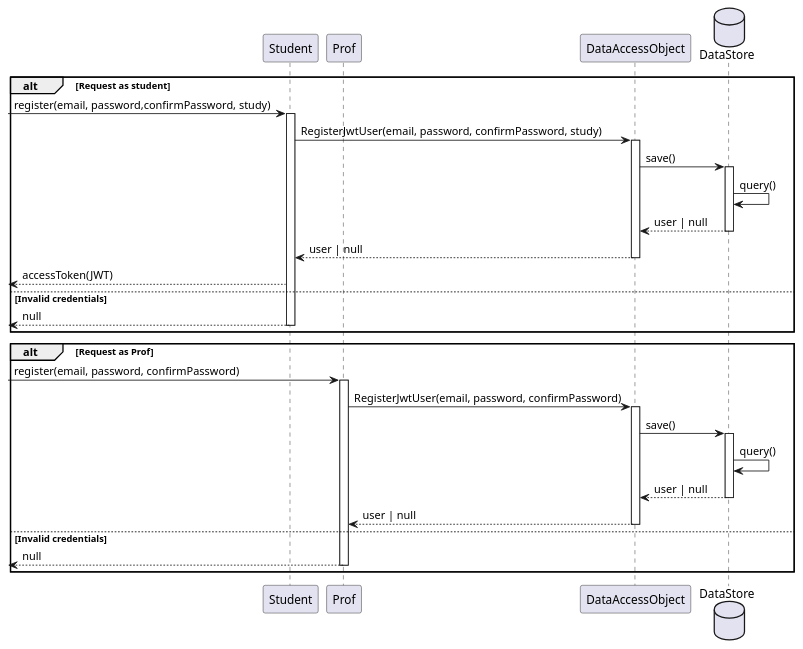
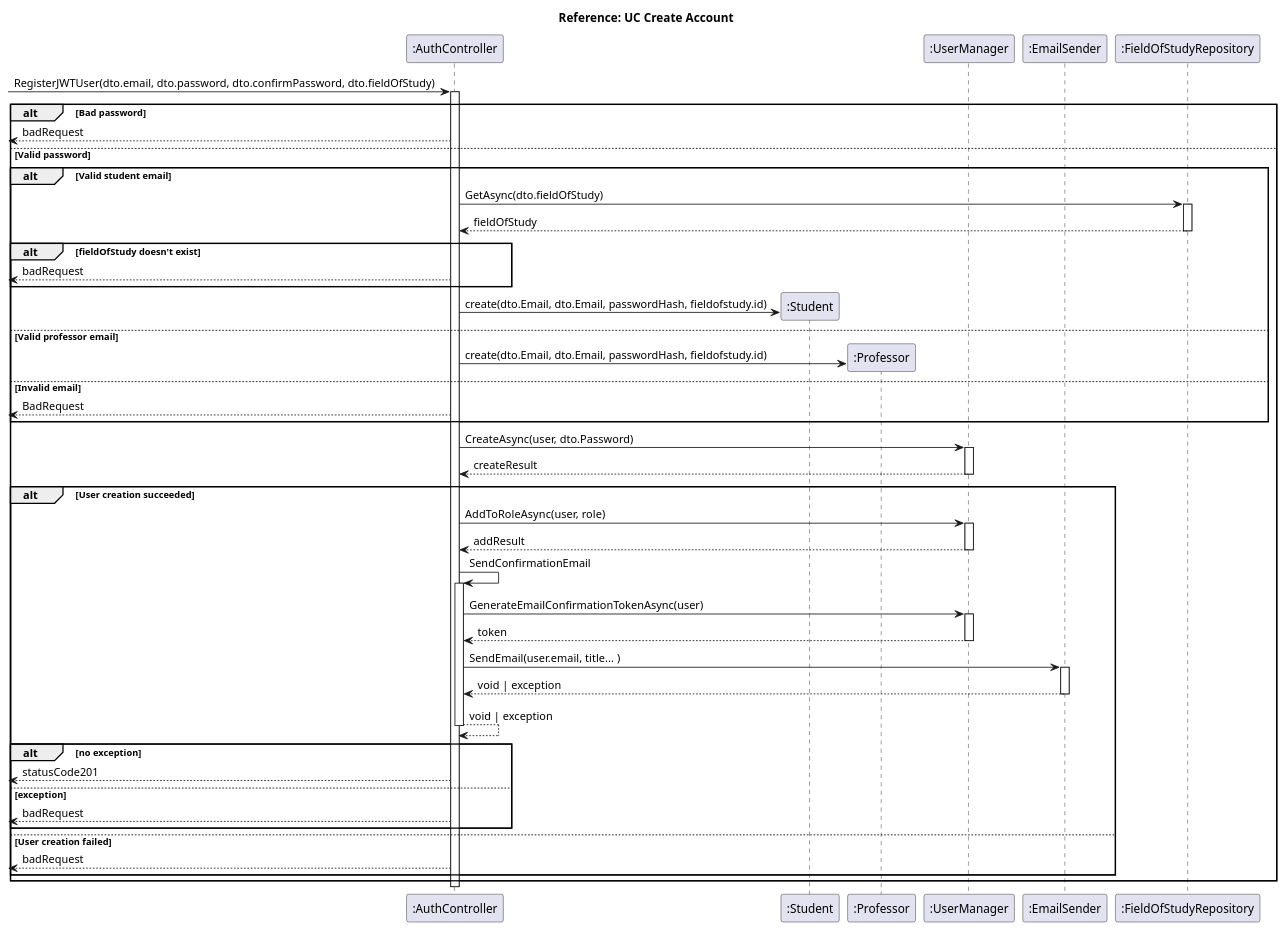
Before and after one commit to Singh-Kiran-P/StuNet: the diagram in Diagrams/Sequence_Diagrams/creaate_account.puml, drawn with PlantUML.

Commit message:
docs: Update SD Create Account

```diff
--- a/Diagrams/Sequence_Diagrams/creaate_account.puml
+++ b/Diagrams/Sequence_Diagrams/creaate_account.puml
@@ -1,45 +1,107 @@
 @startuml Register
-participant Student
-participant Prof
-participant DataAccessObject
-database DataStore
+participant ":AuthController" as authController
+participant ":Student" as student
+participant ":Professor" as professor
+participant ":UserManager" as userManager
+participant ":EmailSender" as emailSender
+participant ":FieldOfStudyRepository" as fieldOfStudyRepository
 
-alt Request as student
--> Student: register(email, password,confirmPassword, study)
-activate Student
-    Student -> DataAccessObject: RegisterJwtUser(email, password, confirmPassword, study)
-    activate DataAccessObject
-        DataAccessObject -> DataStore: save()
-            activate DataStore
-                DataStore -> DataStore: query()
-                DataStore --> DataAccessObject: user | null
-            deactivate DataStore
-        DataAccessObject --> Student: user | null
-    deactivate DataAccessObject
-    <-- Student  : accessToken(JWT)
-else Invalid credentials
-	<-- Student: null
-deactivate Student
+title Reference: UC Create Account
+
+ -> authController : RegisterJWTUser(dto.email, dto.password, dto.confirmPassword, dto.fieldOfStudy)
+activate authController
+alt Bad password
+    <-- authController: badRequest
+else Valid password
+    alt Valid student email
+        authController -> fieldOfStudyRepository: GetAsync(dto.fieldOfStudy)
+        activate fieldOfStudyRepository
+        fieldOfStudyRepository --> authController: fieldOfStudy
+        deactivate fieldOfStudyRepository
+        
+        alt fieldOfStudy doesn't exist
+            <-- authController: badRequest
+        end
+
+        authController -> student**: create(dto.Email, dto.Email, passwordHash, fieldofstudy.id)
+        ' student --> authController: user
+    else Valid professor email
+        authController -> professor**: create(dto.Email, dto.Email, passwordHash, fieldofstudy.id)
+    else Invalid email
+        <-- authController: BadRequest
+    end
+
+    authController -> userManager: CreateAsync(user, dto.Password)
+    activate userManager
+    userManager --> authController: createResult
+    deactivate userManager
+
+    alt User creation succeeded
+        authController -> userManager: AddToRoleAsync(user, role)
+        activate userManager
+        userManager --> authController: addResult
+        deactivate userManager
+
+        ' -> authController 
+        authController -> authController: SendConfirmationEmail
+        activate authController
+            authController -> userManager: GenerateEmailConfirmationTokenAsync(user)
+            activate userManager
+            userManager --> authController: token
+            deactivate userManager
+            authController -> emailSender: SendEmail(user.email, title... )
+            activate emailSender
+            emailSender --> authController: void | exception
+            deactivate emailSender
+        authController --> authController: void | exception
+        deactivate authController
+
+        alt no exception
+            <-- authController: statusCode201
+        else exception
+            <-- authController: badRequest
+        end
+    else User creation failed
+        <-- authController: badRequest
+    end
 end
+deactivate authController
+' alt Request as student
+' -> student: register(email, password,confirmPassword, study)
+' activate student
+'     student -> DataAccessObject: RegisterJwtUser(email, password, confirmPassword, study)
+'     activate DataAccessObject
+'         DataAccessObject -> DataStore: save()
+'             activate DataStore
+'                 DataStore -> DataStore: query()
+'                 DataStore --> DataAccessObject: user | null
+'             deactivate DataStore
+'         DataAccessObject --> student: user | null
+'     deactivate DataAccessObject
+'     <-- student  : accessToken(JWT)
+' else Invalid credentials
+' 	<-- student: null
+' deactivate student
+' end
 
-alt Request as Prof
--> Prof: register(email, password, confirmPassword)
-activate Prof
+' alt Request as Prof
+' -> Prof: register(email, password, confirmPassword)
+' activate Prof
 
-    Prof -> DataAccessObject: RegisterJwtUser(email, password, confirmPassword)
-    activate DataAccessObject
-        DataAccessObject -> DataStore: save()
-            activate DataStore
-                DataStore -> DataStore: query()
-                DataStore --> DataAccessObject: user | null
-            deactivate DataStore
-        DataAccessObject --> Prof: user | null
-    deactivate DataAccessObject
-else Invalid credentials
-	<-- Prof: null
-deactivate Prof
-
-end
+'     Prof -> DataAccessObject: RegisterJwtUser(email, password, confirmPassword)
+'     activate DataAccessObject
+'         DataAccessObject -> DataStore: save()
+'             activate DataStore
+'                 DataStore -> DataStore: query()
+'                 DataStore --> DataAccessObject: user | null
+'             deactivate DataStore
+'         DataAccessObject --> Prof: user | null
+'     deactivate DataAccessObject
+' else Invalid credentials
+' 	<-- Prof: null
+' deactivate Prof
+' 
+' end
 
 
 @enduml
```
